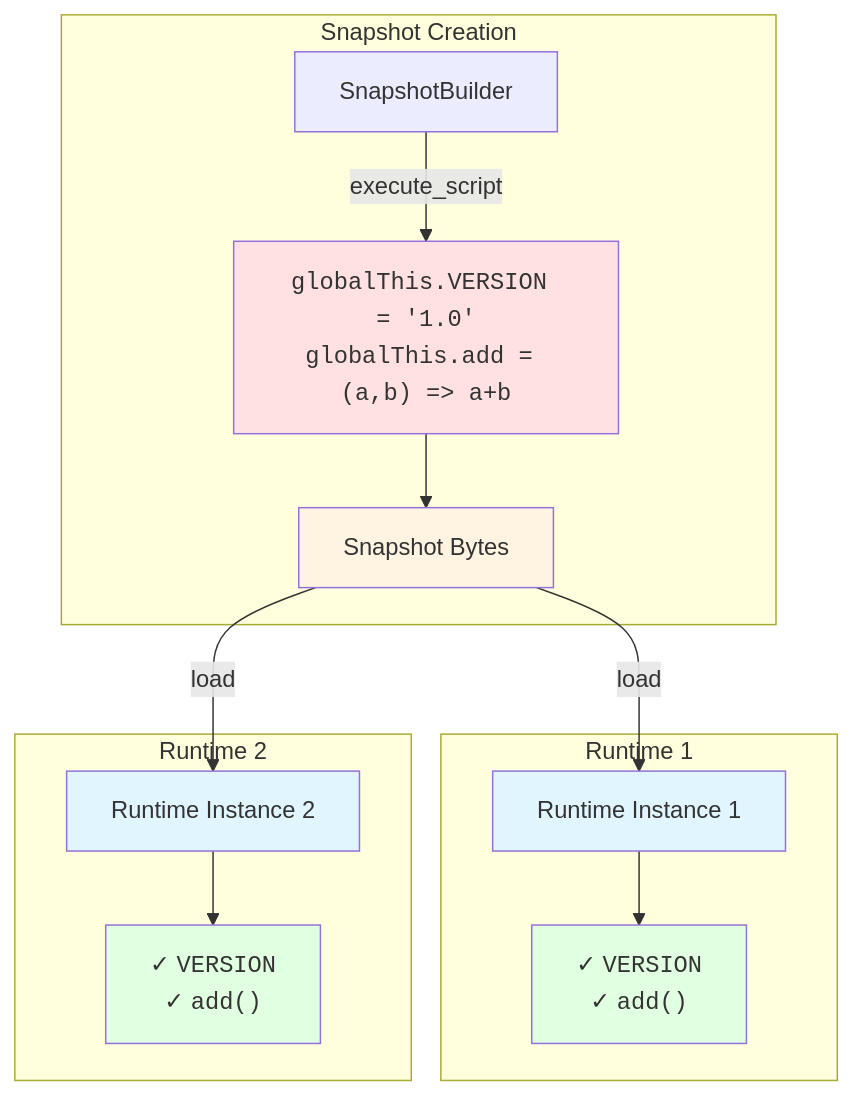
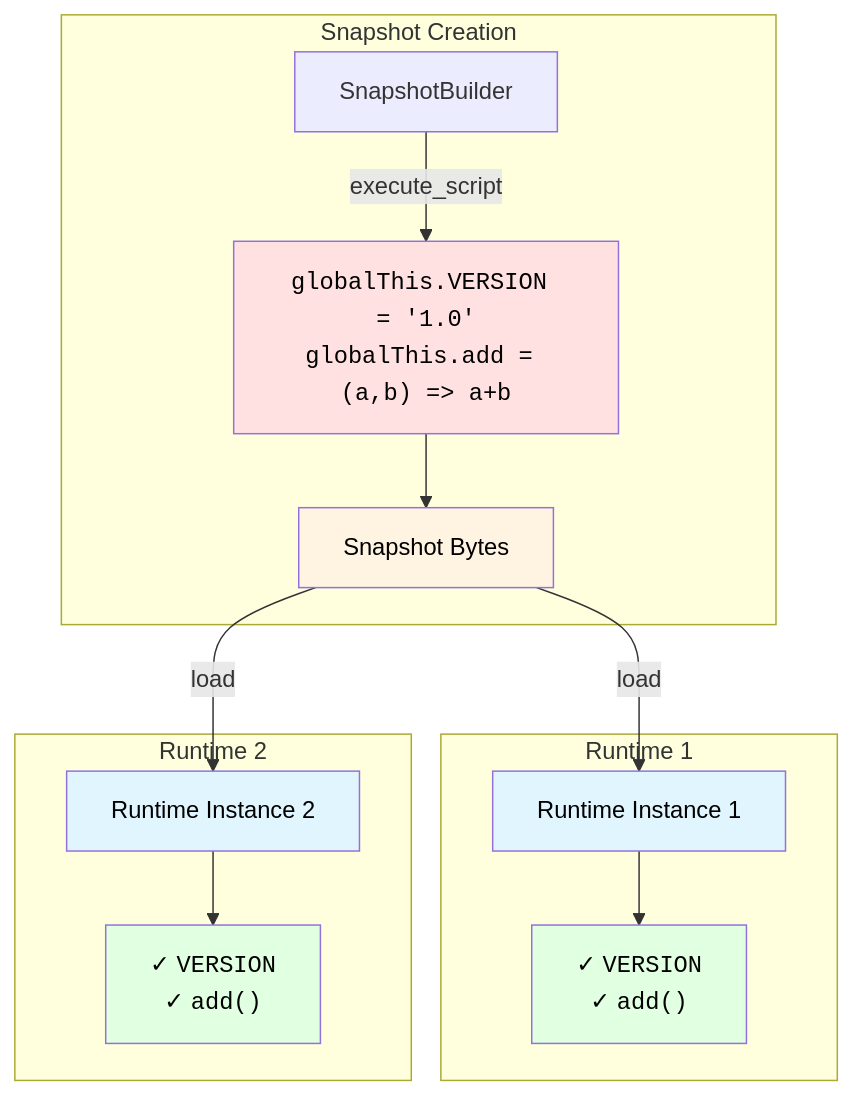
Before and after one commit to mikz/jsrun: the diagram in docs/guides/advanced/snapshots.md, drawn with Mermaid. The commit also changed other lines of this file and 11 other files, not shown here.

````diff
--- a/docs/guides/advanced/snapshots.md
+++ b/docs/guides/advanced/snapshots.md
@@ -35,25 +38,25 @@
 ```mermaid
 graph TB
     subgraph "Snapshot Creation"
         B[SnapshotBuilder]
         B -->|execute_script| INIT["<code>globalThis.VERSION = '1.0'</code><br/><code>globalThis.add = (a,b) => a+b</code>"]
         INIT --> S[Snapshot Bytes]
     end
 
     subgraph "Runtime 1"
         S -->|load| R1[Runtime Instance 1]
         R1 --> ST1["✓ <code>VERSION</code><br/>✓ <code>add()</code>"]
     end
 
     subgraph "Runtime 2"
         S -->|load| R2[Runtime Instance 2]
         R2 --> ST2["✓ <code>VERSION</code><br/>✓ <code>add()</code>"]
     end
 
-    style S fill:#fff4e1
-    style INIT fill:#ffe1e1
-    style R1 fill:#e1f5ff
-    style R2 fill:#e1f5ff
-    style ST1 fill:#e1ffe1
-    style ST2 fill:#e1ffe1
+    style S fill:#fff4e1,color:#000
+    style INIT fill:#ffe1e1,color:#000
+    style R1 fill:#e1f5ff,color:#000
+    style R2 fill:#e1f5ff,color:#000
+    style ST1 fill:#e1ffe1,color:#000
+    style ST2 fill:#e1ffe1,color:#000
 ```
````
